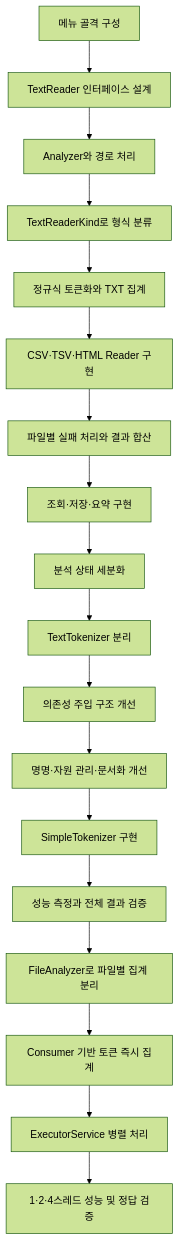
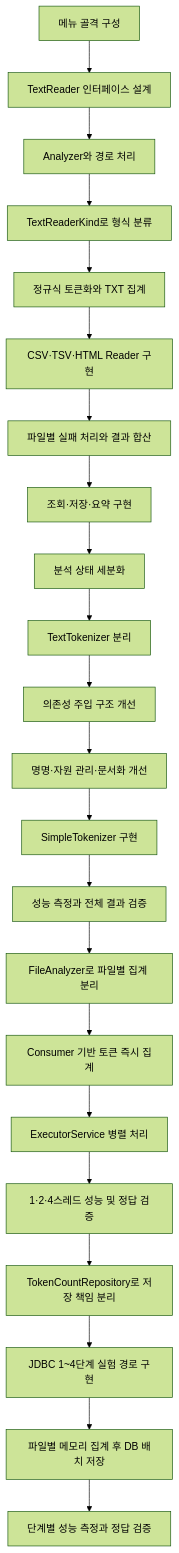
One commit to tkdgh816/java-learning changed the diagram in java-word-counter/진행 과정.md. Above: the diagram before and after it, drawn with Mermaid (forest theme). The commit also changed other lines of this file and 12 other files, not shown here.

````diff
--- a/java-word-counter/진행 과정.md
+++ b/java-word-counter/진행 과정.md
@@ -43,20 +50,24 @@
 ```mermaid
 flowchart TD
     A[메뉴 골격 구성] --> B[TextReader 인터페이스 설계]
     B --> C[Analyzer와 경로 처리]
     C --> D[TextReaderKind로 형식 분류]
     D --> E[정규식 토큰화와 TXT 집계]
     E --> F[CSV·TSV·HTML Reader 구현]
     F --> G[파일별 실패 처리와 결과 합산]
     G --> H[조회·저장·요약 구현]
     H --> I[분석 상태 세분화]
     I --> J[TextTokenizer 분리]
     J --> K[의존성 주입 구조 개선]
     K --> L[명명·자원 관리·문서화 개선]
     L --> M[SimpleTokenizer 구현]
     M --> N[성능 측정과 전체 결과 검증]
     N --> O[FileAnalyzer로 파일별 집계 분리]
     O --> P[Consumer 기반 토큰 즉시 집계]
     P --> Q[ExecutorService 병렬 처리]
     Q --> R[1·2·4스레드 성능 및 정답 검증]
+    R --> S[TokenCountRepository로 저장 책임 분리]
+    S --> T[JDBC 1~4단계 실험 경로 구현]
+    T --> U[파일별 메모리 집계 후 DB 배치 저장]
+    U --> V[단계별 성능 측정과 정답 검증]
 ```
````
